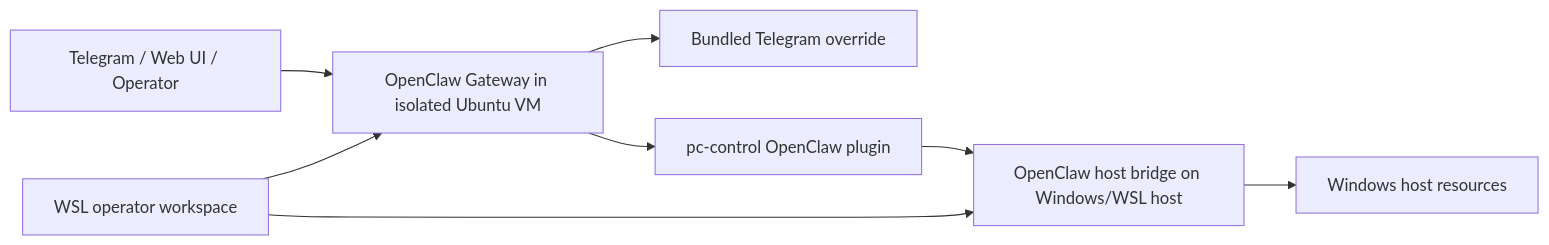
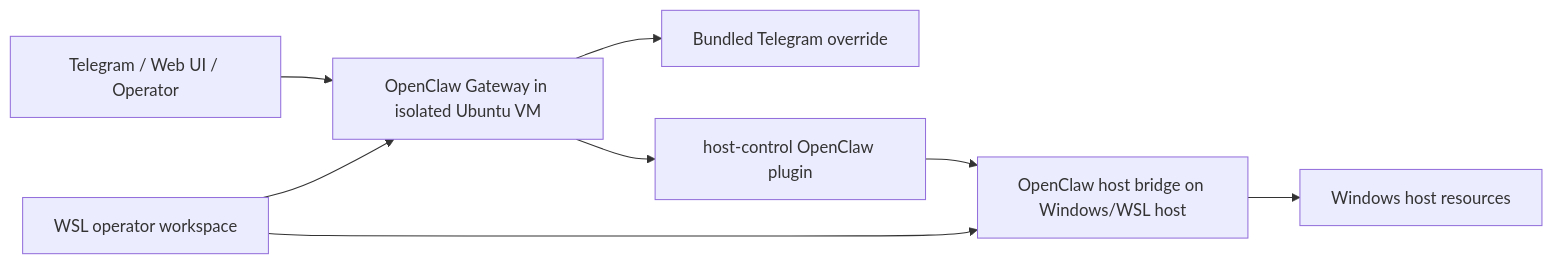
Before and after one commit to mfshaf7/openclaw-isolated-deployment: the diagram in README.md, drawn with Mermaid. The commit also changed other lines of this file and 31 other files, not shown here.

Commit message:
refactor: rename host capability to host-control

````diff
--- a/README.md
+++ b/README.md
@@ -101,10 +101,10 @@
 ```mermaid
 flowchart LR
     User[Telegram / Web UI / Operator] --> Gateway[OpenClaw Gateway in isolated Ubuntu VM]
     Gateway --> TG[Bundled Telegram override]
-    Gateway --> PCP[pc-control OpenClaw plugin]
+    Gateway --> PCP[host-control OpenClaw plugin]
     PCP --> Bridge[OpenClaw host bridge on Windows/WSL host]
     Bridge --> Host[Windows host resources]
     Operator[WSL operator workspace] --> Gateway
     Operator --> Bridge
 ```
````
